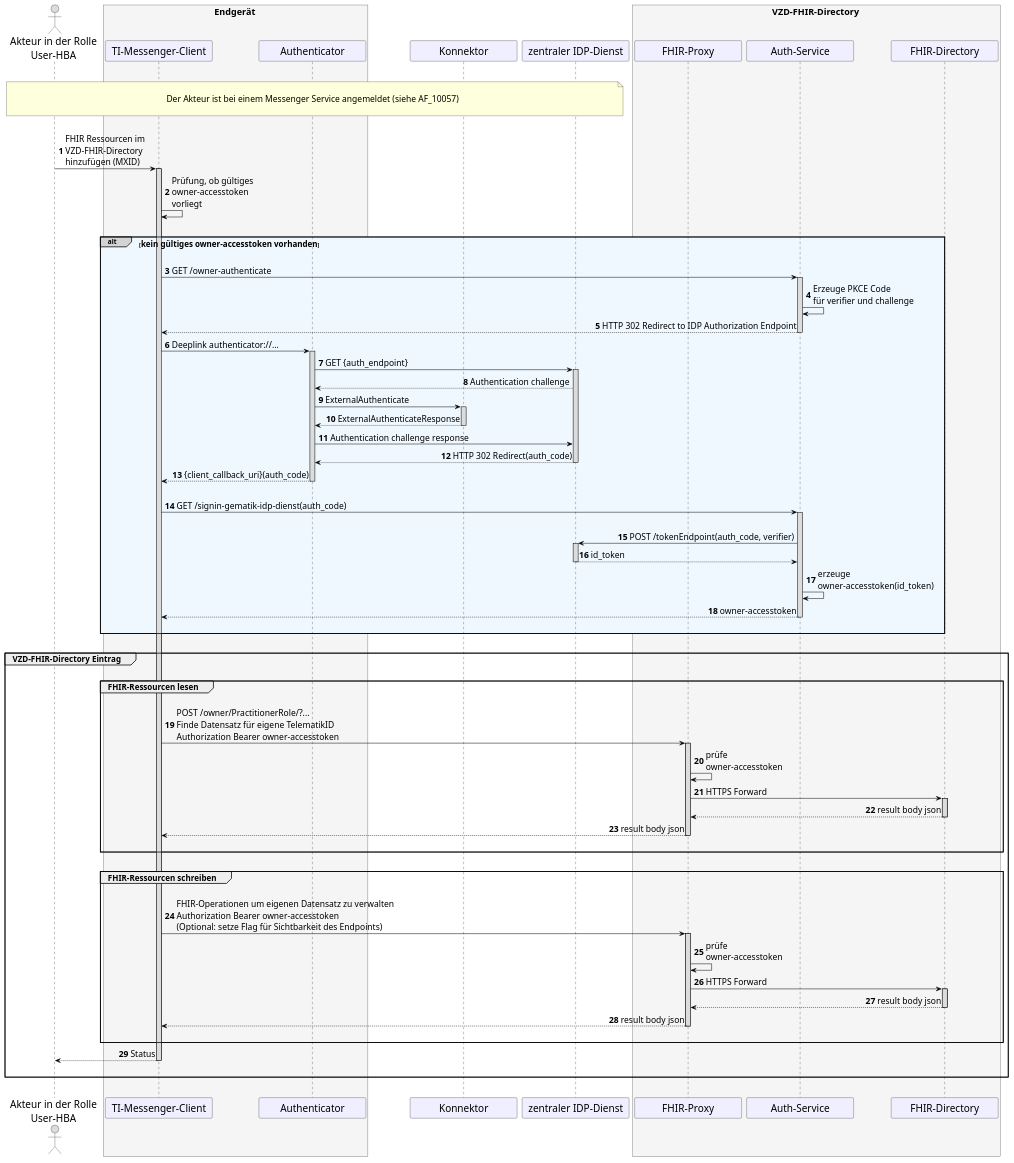
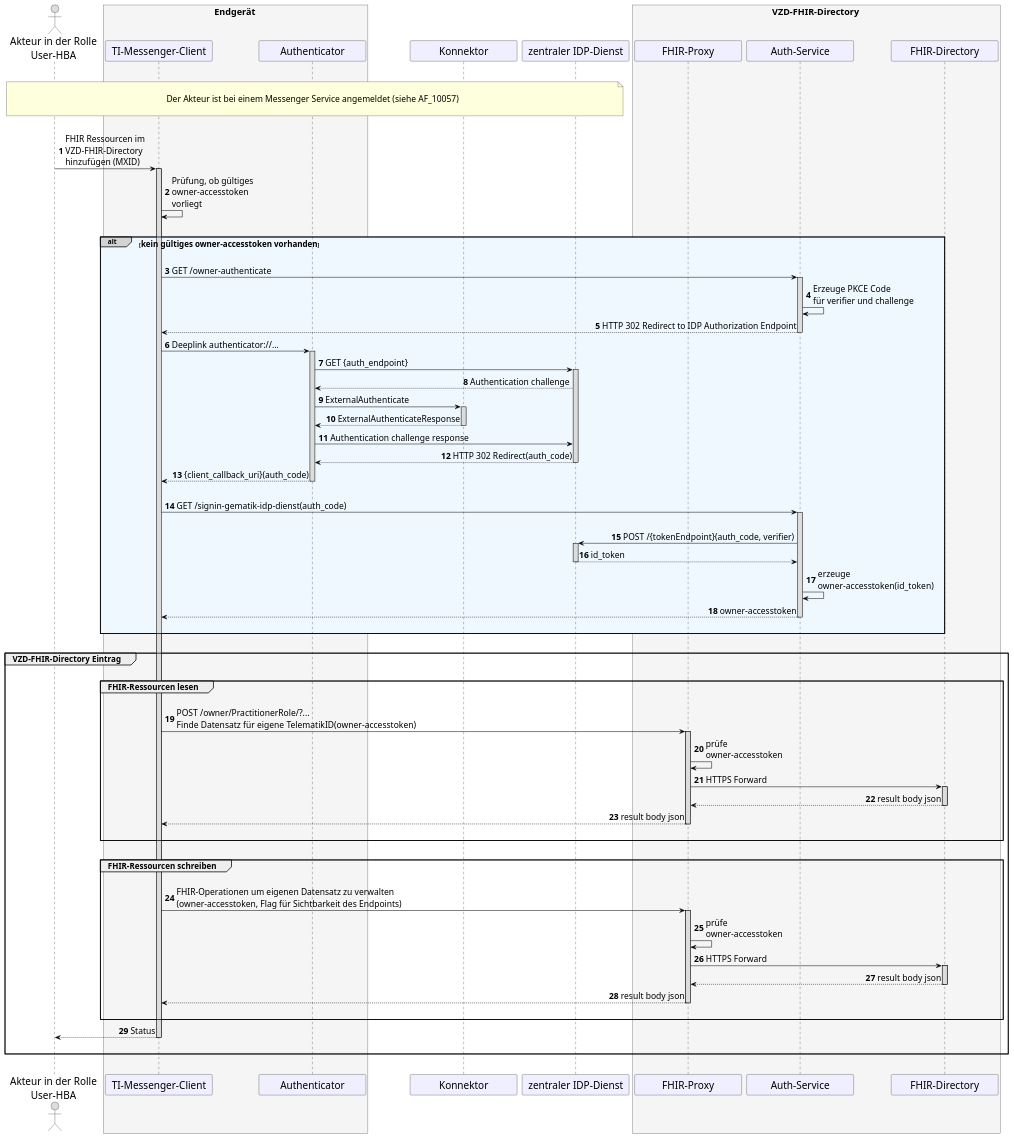
The diagram in src/plantuml/TI-Messenger-Dienst/Ressourcen/UC_10058_Seq.puml (gematik/api-ti-messenger), drawn with PlantUML before and after one commit. The commit also changed 2 other files, not shown here.

Commit message:
rendered tokenEndpoint, updated parameter list

```diff
--- a/src/plantuml/TI-Messenger-Dienst/Ressourcen/UC_10058_Seq.puml
+++ b/src/plantuml/TI-Messenger-Dienst/Ressourcen/UC_10058_Seq.puml
@@ -9,134 +9,134 @@
 @startuml
 skinparam sequenceMessageAlign direction
 skinparam minClassWidth 200
 skinparam BoxPadding 1
 skinparam sequenceReferenceHeaderBackgroundColor palegreen
 scale max 2048 width
 
 skinparam sequence {
 ArrowColor black
 ArrowFontSize 17
 ActorBorderColor black
 LifeLineBorderColor black
 LifeLineBackgroundColor Gainsboro
 
 ParticipantBorderColor Motivation
 ParticipantBackgroundColor Motivation
 ParticipantFontSize 20
 ParticipantFontColor black
 ParticipantBorderColor Black
 
 ActorBackgroundColor Gainsboro
 ActorFontColor black
 ActorFontSize 20
 }
 
 autonumber
 
 actor U as "Akteur in der Rolle\nUser-HBA"
 box <size:18>Endgerät</size> #WhiteSmoke
   participant C as "TI-Messenger-Client"
   participant A as "Authenticator"
 end box
 participant konnektor as "Konnektor"
 participant I as "zentraler IDP-Dienst" 
 box <size:18>VZD-FHIR-Directory</size> #WhiteSmoke
   participant FP as "FHIR-Proxy"
   participant Auth as "Auth-Service"
   participant VZD as "FHIR-Directory"
 end box
 
 |||
 note over U, I: \n<size:17>Der Akteur ist bei einem Messenger Service angemeldet (siehe AF_10057)</size>\n
 |||
 
 U->C: FHIR Ressourcen im \nVZD-FHIR-Directory \nhinzufügen (MXID)
   Activate C
 C->C: Prüfung, ob gültiges \nowner-accesstoken \nvorliegt
 
 |||
 alt#LightGrey #AliceBlue <size:16>kein gültiges owner-accesstoken vorhanden</size>
 |||
 
   C->Auth: GET /owner-authenticate
     Activate Auth
   Auth->Auth: Erzeuge PKCE Code \nfür verifier und challenge
   Auth-->C: HTTP 302 Redirect to IDP Authorization Endpoint
   Deactivate Auth
 
   C->A++: Deeplink authenticator://...
   A->I: GET {auth_endpoint}
   Activate I
 
   'C->I: GET /authorize
   I-->A: Authentication challenge
   A->konnektor++: ExternalAuthenticate
 
   'Activate A
   konnektor --> A: ExternalAuthenticateResponse
   deactivate konnektor
   
   A->I: Authentication challenge response
   I-->A: HTTP 302 Redirect(auth_code)
   Deactivate I
   A-->C: {client_callback_uri}(auth_code)
 'checkpoint
 
     Deactivate A
        
   |||          
   C->Auth: GET /signin-gematik-idp-dienst(auth_code)
     Activate Auth
   |||
-  Auth->I: POST /tokenEndpoint(auth_code, verifier)
+  Auth->I: POST /{tokenEndpoint}(auth_code, verifier)
   Activate I
   return id_token
   Deactivate I
   Auth->Auth: erzeuge \nowner-accesstoken(id_token)
   Auth-->C: owner-accesstoken
     Deactivate Auth
   |||
 end
       
 |||
 
 group <size:16>VZD-FHIR-Directory Eintrag</size>
   |||
   group <size:16>FHIR-Ressourcen lesen</size>
   |||
-  C->FP: POST /owner/PractitionerRole/?... \nFinde Datensatz für eigene TelematikID \nAuthorization Bearer owner-accesstoken
+  C->FP: POST /owner/PractitionerRole/?... \nFinde Datensatz für eigene TelematikID(owner-accesstoken)
     Activate FP
   FP->FP: prüfe \nowner-accesstoken
   FP->VZD: HTTPS Forward
     Activate VZD
   VZD-->FP: result body json
     Deactivate VZD
   FP-->C: result body json
     Deactivate FP
   |||
   end
     
   |||
   group <size:16>FHIR-Ressourcen schreiben</size>
   |||
-  C->FP: FHIR-Operationen um eigenen Datensatz zu verwalten \nAuthorization Bearer owner-accesstoken \n(Optional: setze Flag für Sichtbarkeit des Endpoints)
+  C->FP: FHIR-Operationen um eigenen Datensatz zu verwalten\n(owner-accesstoken, Flag für Sichtbarkeit des Endpoints)
     Activate FP
   FP->FP: prüfe \nowner-accesstoken
   FP->VZD: HTTPS Forward
     Activate VZD
   VZD-->FP: result body json
     Deactivate VZD
   FP-->C: result body json
     Deactivate FP
      
   |||
   end
 
   C-->U: Status    
     Deactivate C
   |||
 end
 |||
 
   Deactivate C
 @enduml
```
